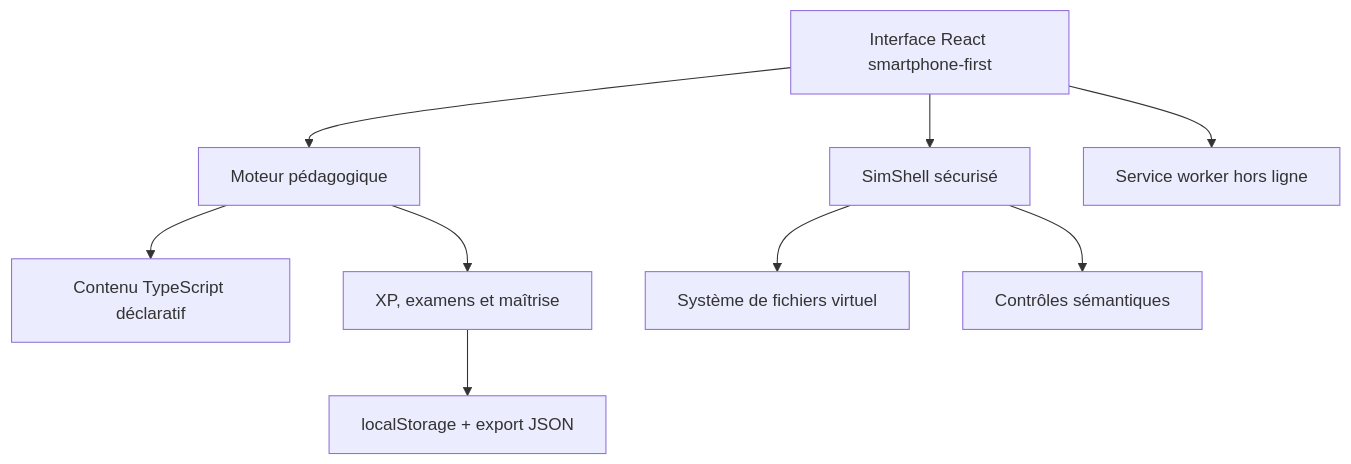
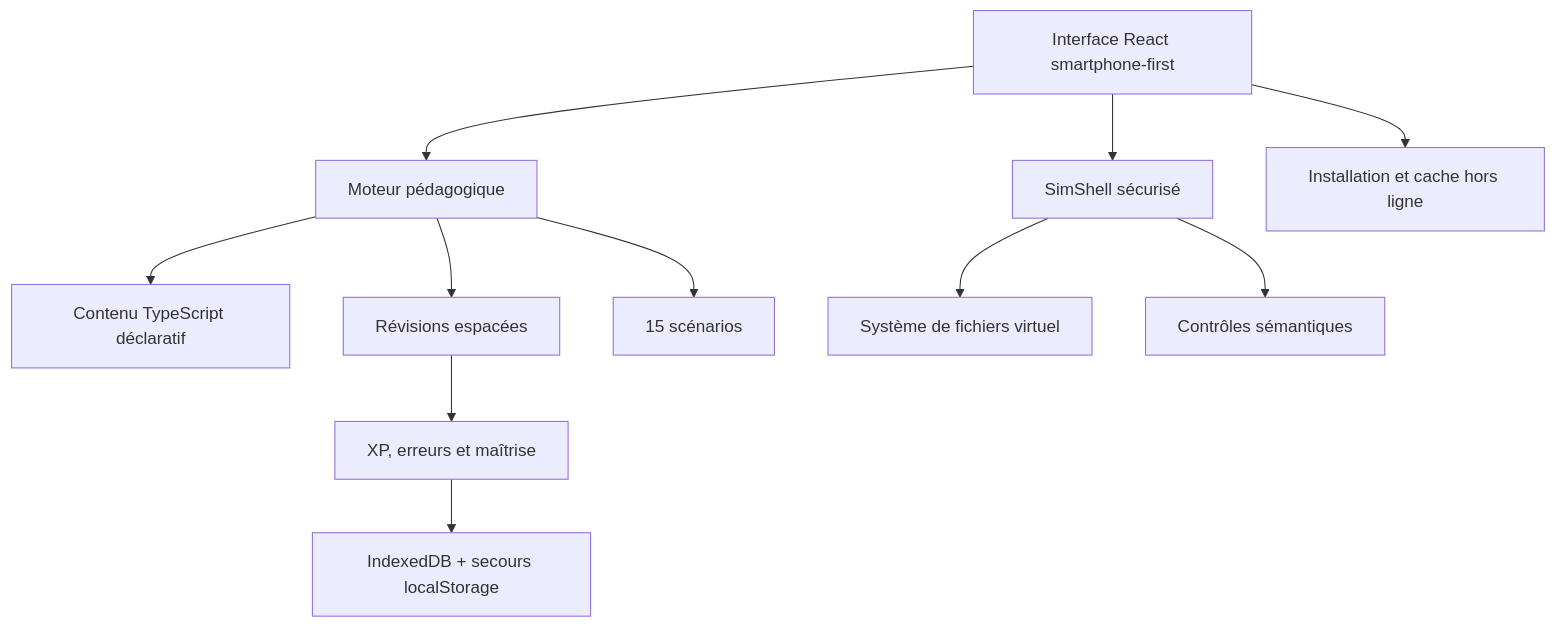
One commit to kevinlabens-del/CR3-TIX-LEARN-LINUX- changed the diagram in README.md. Above: the diagram before and after it, drawn with Mermaid. The commit also changed other lines of this file and 26 other files, not shown here.

````diff
--- a/README.md
+++ b/README.md
@@ -29,11 +33,13 @@
 ```mermaid
 flowchart TD
     UI[Interface React smartphone-first] --> Learning[Moteur pédagogique]
     UI --> Terminal[SimShell sécurisé]
     Learning --> Content[Contenu TypeScript déclaratif]
-    Learning --> Progress[XP, examens et maîtrise]
+    Learning --> Adaptive[Révisions espacées]
+    Learning --> Labs[15 scénarios]
+    Adaptive --> Progress[XP, erreurs et maîtrise]
     Terminal --> VFS[Système de fichiers virtuel]
     Terminal --> Checks[Contrôles sémantiques]
-    Progress --> Local[localStorage + export JSON]
-    UI --> PWA[Service worker hors ligne]
+    Progress --> Local[IndexedDB + secours localStorage]
+    UI --> Offline[Installation et cache hors ligne]
 ```
````
